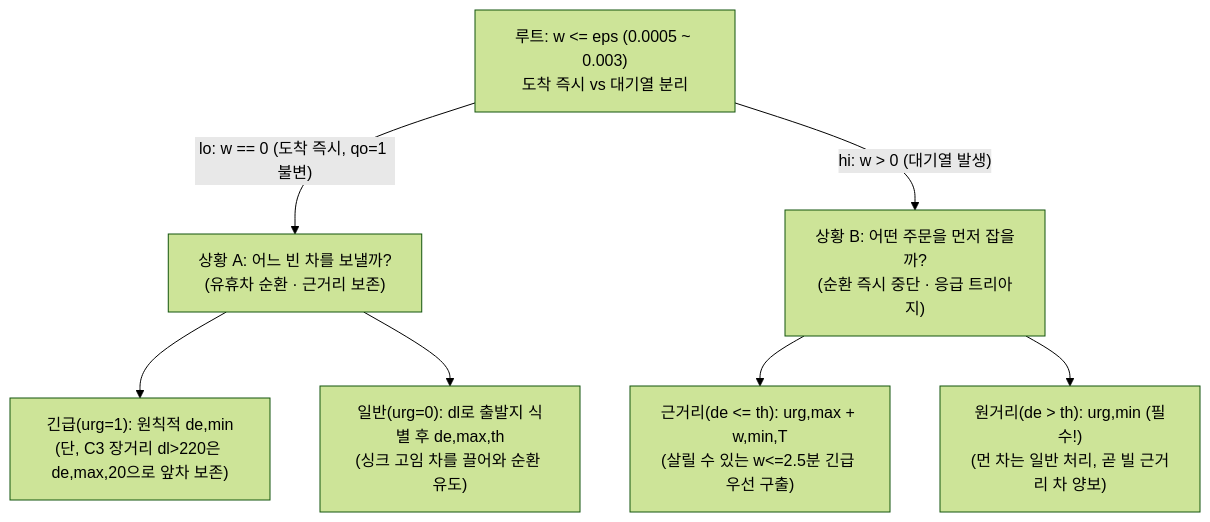
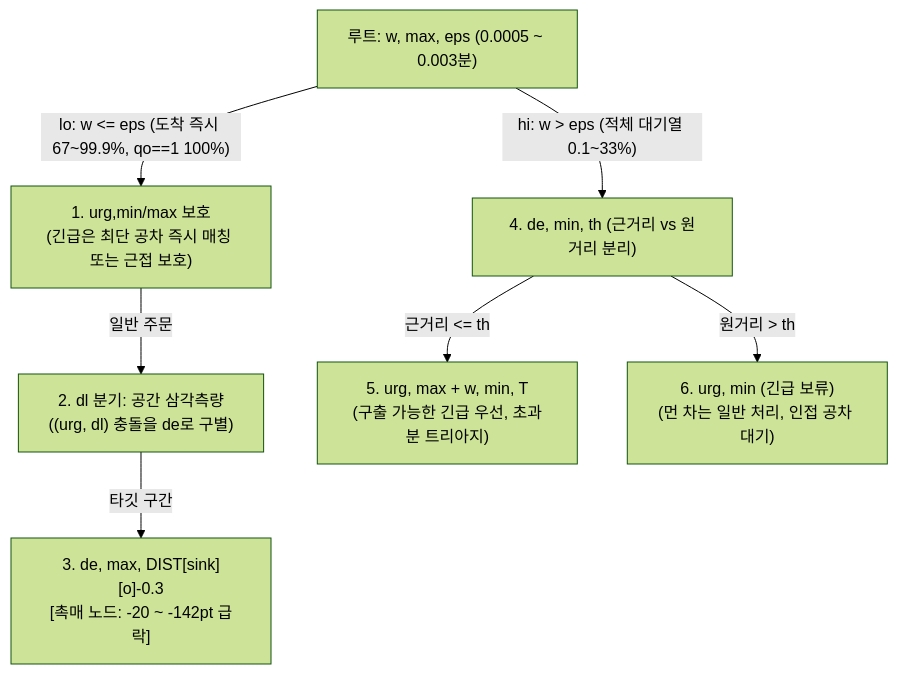
Before and after one commit to AMR-team-14/AMR_Team_14: the diagram in experiments/kmj_domain_insights_report.md, drawn with Mermaid (forest theme). The commit also changed other lines of this file and 6 other files, not shown here.

````diff
--- a/experiments/kmj_domain_insights_report.md
+++ b/experiments/kmj_domain_insights_report.md
@@ -73,12 +35,10 @@
 ```mermaid
 flowchart TD
-    R["루트: w <= eps (0.0005 ~ 0.003)<br/>도착 즉시 vs 대기열 분리"]
-    R -->|"lo: w == 0 (도착 즉시, qo=1 불변)"| IMM["상황 A: 어느 빈 차를 보낼까?<br/>(유휴차 순환 · 근거리 보존)"]
-    R -->|"hi: w > 0 (대기열 발생)"| WAIT["상황 B: 어떤 주문을 먼저 잡을까?<br/>(순환 즉시 중단 · 응급 트리아지)"]
-
-    IMM --> I1["긴급(urg=1): 원칙적 de,min<br/>(단, C3 장거리 dl>220은 de,max,20으로 앞차 보존)"]
-    IMM --> I2["일반(urg=0): dl로 출발지 식별 후 de,max,th<br/>(싱크 고임 차를 끌어와 순환 유도)"]
-
-    WAIT --> W1["근거리(de <= th): urg,max + w,min,T<br/>(살릴 수 있는 w<=2.5분 긴급 우선 구출)"]
-    WAIT --> W2["원거리(de > th): urg,min (필수!)<br/>(먼 차는 일반 처리, 곧 빌 근거리 차 양보)"]
+    R["루트: w, max, eps (0.0005 ~ 0.003분)"]
+    R -- "lo: w <= eps (도착 즉시 67~99.9%, qo==1 100%)" --> L1["1. urg,min/max 보호\n(긴급은 최단 공차 즉시 매칭 또는 근접 보호)"]
+    L1 -- "일반 주문" --> L2["2. dl 분기: 공간 삼각측량\n((urg, dl) 충돌을 de로 구별)"]
+    L2 -- "타깃 구간" --> L3["3. de, max, DIST[sink][o]-0.3\n[촉매 노드: -20 ~ -142pt 급락]"]
+    R -- "hi: w > eps (적체 대기열 0.1~33%)" --> H1["4. de, min, th (근거리 vs 원거리 분리)"]
+    H1 -- "근거리 <= th" --> H2["5. urg, max + w, min, T\n(구출 가능한 긴급 우선, 초과분 트리아지)"]
+    H1 -- "원거리 > th" --> H3["6. urg, min (긴급 보류)\n(먼 차는 일반 처리, 인접 공차 대기)"]
 ```
````
